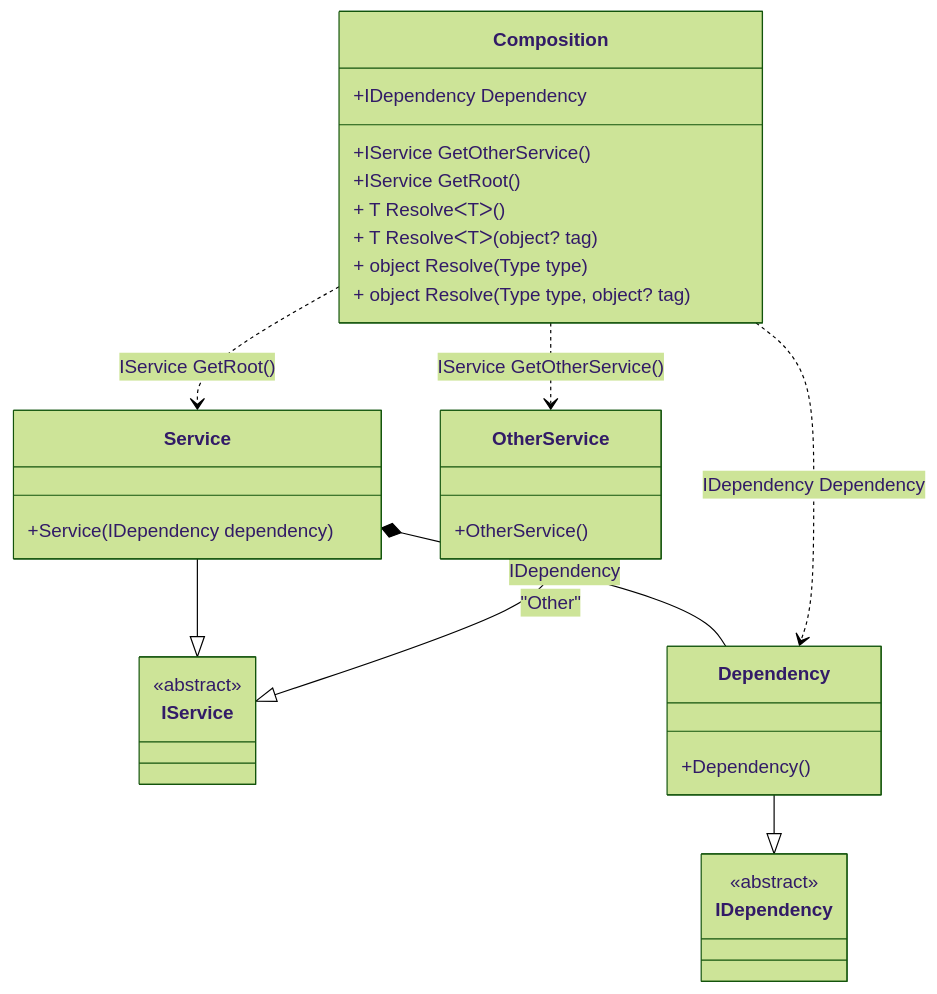
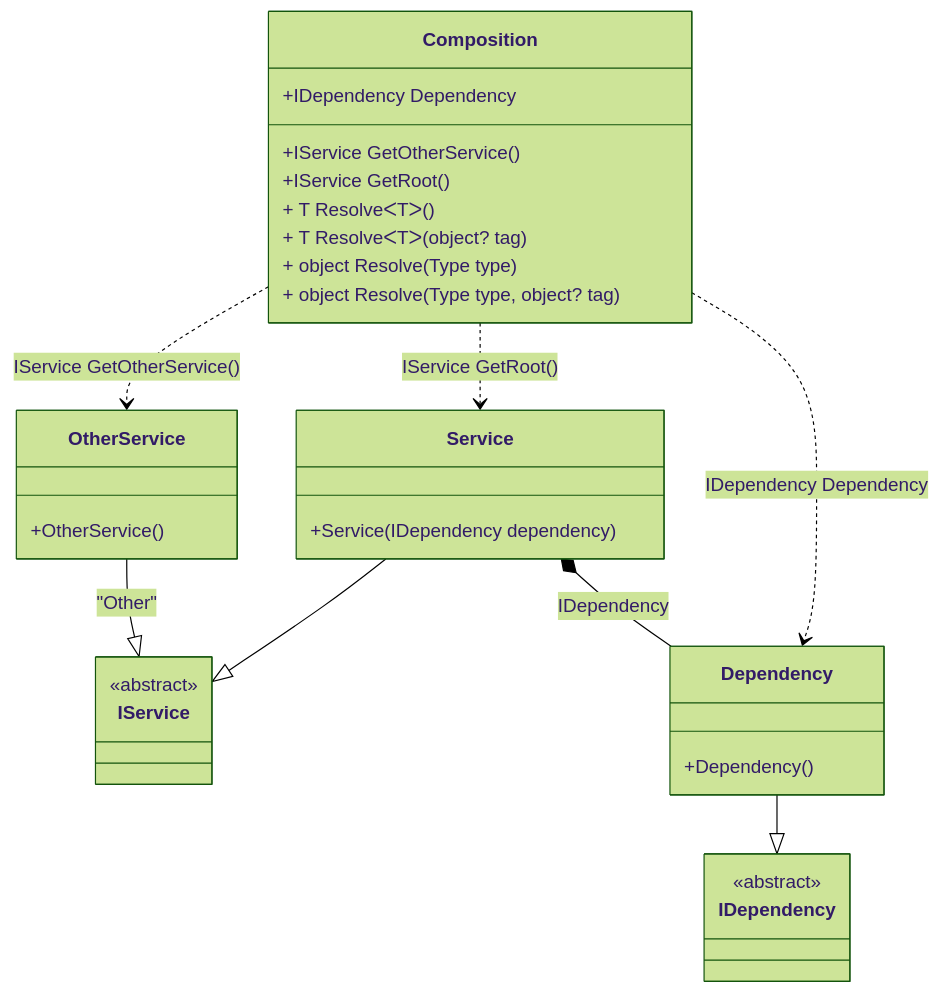
The diagram in readme/composition-root-kinds.md (DevTeam/Pure.DI), drawn with Mermaid (forest theme) before and after one commit. The commit also changed other lines of this file and 91 other files, not shown here.

````diff
--- a/readme/composition-root-kinds.md
+++ b/readme/composition-root-kinds.md
@@ -47,34 +50,34 @@
 ```mermaid
 classDiagram
   class Composition {
     +IDependency Dependency
     +IService GetOtherService()
     +IService GetRoot()
     + T ResolveᐸTᐳ()
     + T ResolveᐸTᐳ(object? tag)
     + object Resolve(Type type)
     + object Resolve(Type type, object? tag)
   }
   Service --|> IService : 
   class Service {
     +Service(IDependency dependency)
   }
   OtherService --|> IService : "Other" 
   class OtherService {
     +OtherService()
   }
   Dependency --|> IDependency : 
   class Dependency {
     +Dependency()
   }
   class IService {
     <<abstract>>
   }
   class IDependency {
     <<abstract>>
   }
   Service *--  Dependency : IDependency
+  Composition ..> OtherService : IService GetOtherService()
   Composition ..> Service : IService GetRoot()
-  Composition ..> OtherService : IService GetOtherService()
   Composition ..> Dependency : IDependency Dependency
 ```
````
